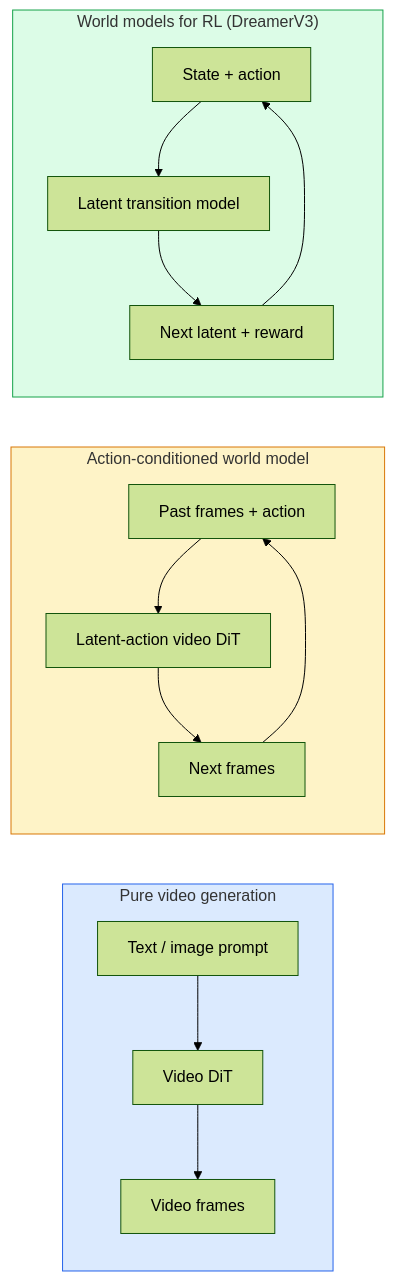
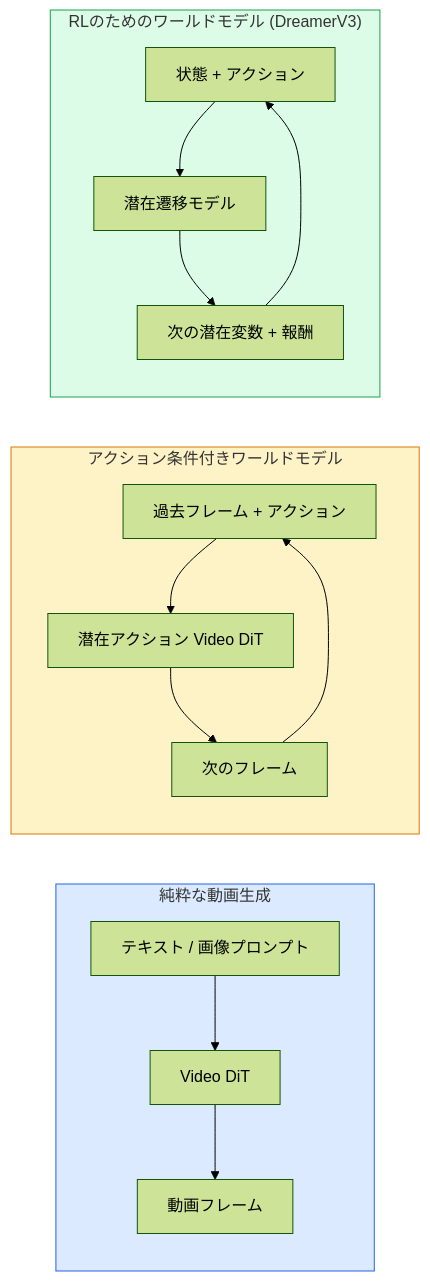
One commit to shoshoshomen/synapse-academy changed the diagram in content/phases/04-computer-vision/28-world-models-video-diffusion/lesson.ja.md. Above: the diagram before and after it, drawn with Mermaid (forest theme). The commit also changed 124 other files, not shown here.

First line of the commit message:
feat(i18n): mermaid図のラベルを日本語化(194レッスン/374図)

````diff
--- a/content/phases/04-computer-vision/28-world-models-video-diffusion/lesson.ja.md
+++ b/content/phases/04-computer-vision/28-world-models-video-diffusion/lesson.ja.md
@@ -25,18 +25,18 @@
 ```mermaid
 flowchart LR
-    subgraph GEN["Pure video generation"]
-        G1["Text / image prompt"] --> G2["Video DiT"] --> G3["Video frames"]
+    subgraph GEN["純粋な動画生成"]
+        G1["テキスト / 画像プロンプト"] --> G2["Video DiT"] --> G3["動画フレーム"]
     end
-    subgraph ACTION["Action-conditioned world model"]
-        A1["Past frames + action"] --> A2["Latent-action video DiT"] --> A3["Next frames"]
+    subgraph ACTION["アクション条件付きワールドモデル"]
+        A1["過去フレーム + アクション"] --> A2["潜在アクション Video DiT"] --> A3["次のフレーム"]
         A3 --> A1
     end
-    subgraph RL["World models for RL (DreamerV3)"]
-        R1["State + action"] --> R2["Latent transition model"] --> R3["Next latent + reward"]
+    subgraph RL["RLのためのワールドモデル (DreamerV3)"]
+        R1["状態 + アクション"] --> R2["潜在遷移モデル"] --> R3["次の潜在変数 + 報酬"]
         R3 --> R1
     end
 
     style GEN fill:#dbeafe,stroke:#2563eb
     style ACTION fill:#fef3c7,stroke:#d97706
     style RL fill:#dcfce7,stroke:#16a34a
 ```
````
